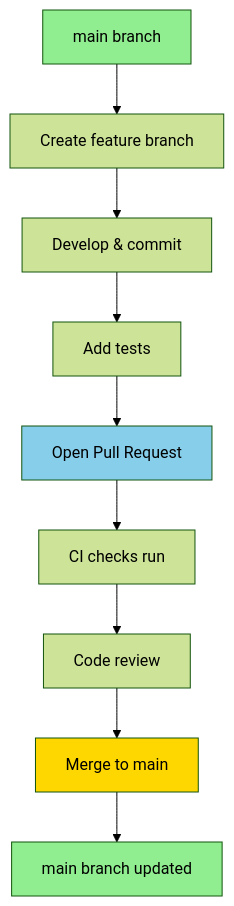
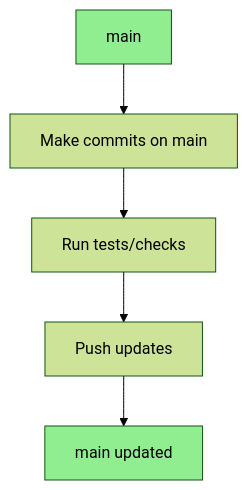
Before and after one commit to therealityreport/trr-app: the diagram in docs/Repository/diagrams/git_workflow.md, drawn with Mermaid (forest theme). The commit also changed other lines of this file and 5 other files, not shown here.

````diff
--- a/docs/Repository/diagrams/git_workflow.md
+++ b/docs/Repository/diagrams/git_workflow.md
@@ -5,16 +5,10 @@
 ```mermaid
 flowchart TB
-    main1[main branch] --> branch[Create feature branch]
-    branch --> dev1[Develop & commit]
-    dev1 --> dev2[Add tests]
-    dev2 --> pr[Open Pull Request]
-    pr --> ci[CI checks run]
-    ci --> review[Code review]
-    review --> merge[Merge to main]
-    merge --> main2[main branch updated]
+    main1["main"] --> commit["Make commits on main"]
+    commit --> checks["Run tests/checks"]
+    checks --> push["Push updates"]
+    push --> main2["main updated"]
 
     style main1 fill:#90EE90
     style main2 fill:#90EE90
-    style pr fill:#87CEEB
-    style merge fill:#FFD700
 ```
````
